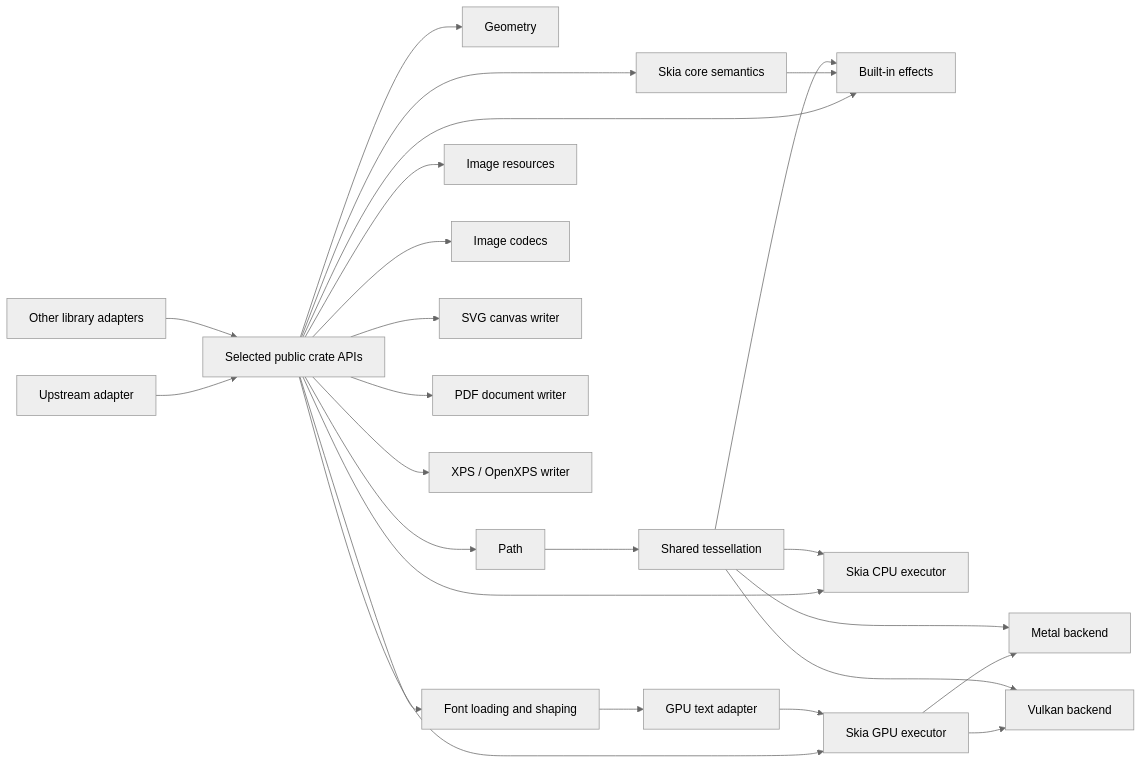
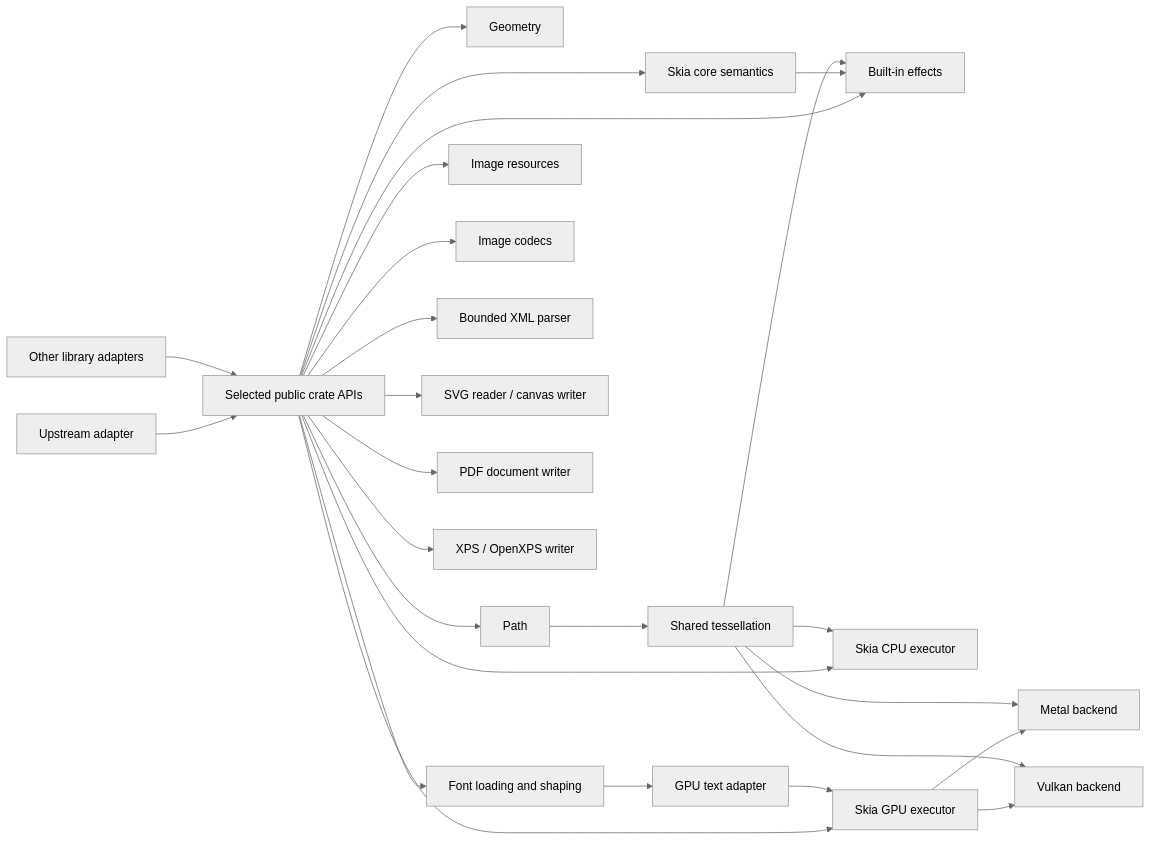
Before and after one commit to chogng/skia: the diagram in README.md, drawn with Mermaid (neutral theme). The commit also changed other lines of this file and 13 other files, not shown here.

First line of the commit message:
feat(svg): add bounded SVG input pipeline

````diff
--- a/README.md
+++ b/README.md
@@ -19,27 +19,28 @@
 ```mermaid
 flowchart LR
   adapter["Upstream adapter"] --> api["Selected public crate APIs"]
   other["Other library adapters"] --> api
   api --> geometry["Geometry"]
   api --> path["Path"]
   api --> text["Font loading and shaping"]
   api --> image["Image resources"]
   api --> codec["Image codecs"]
+  api --> xml["Bounded XML parser"]
   api --> core["Skia core semantics"]
   api --> effects["Built-in effects"]
   api --> cpu["Skia CPU executor"]
   api --> gpu["Skia GPU executor"]
-  api --> svg["SVG canvas writer"]
+  api --> svg["SVG reader / canvas writer"]
   api --> pdf["PDF document writer"]
   api --> xps["XPS / OpenXPS writer"]
   gpu --> metal["Metal backend"]
   gpu --> vulkan["Vulkan backend"]
   path --> tessellation["Shared tessellation"]
   core --> effects
   tessellation --> effects
   tessellation --> cpu
   tessellation --> metal
   tessellation --> vulkan
   text --> gpu_text["GPU text adapter"]
   gpu_text --> gpu
 ```
````
